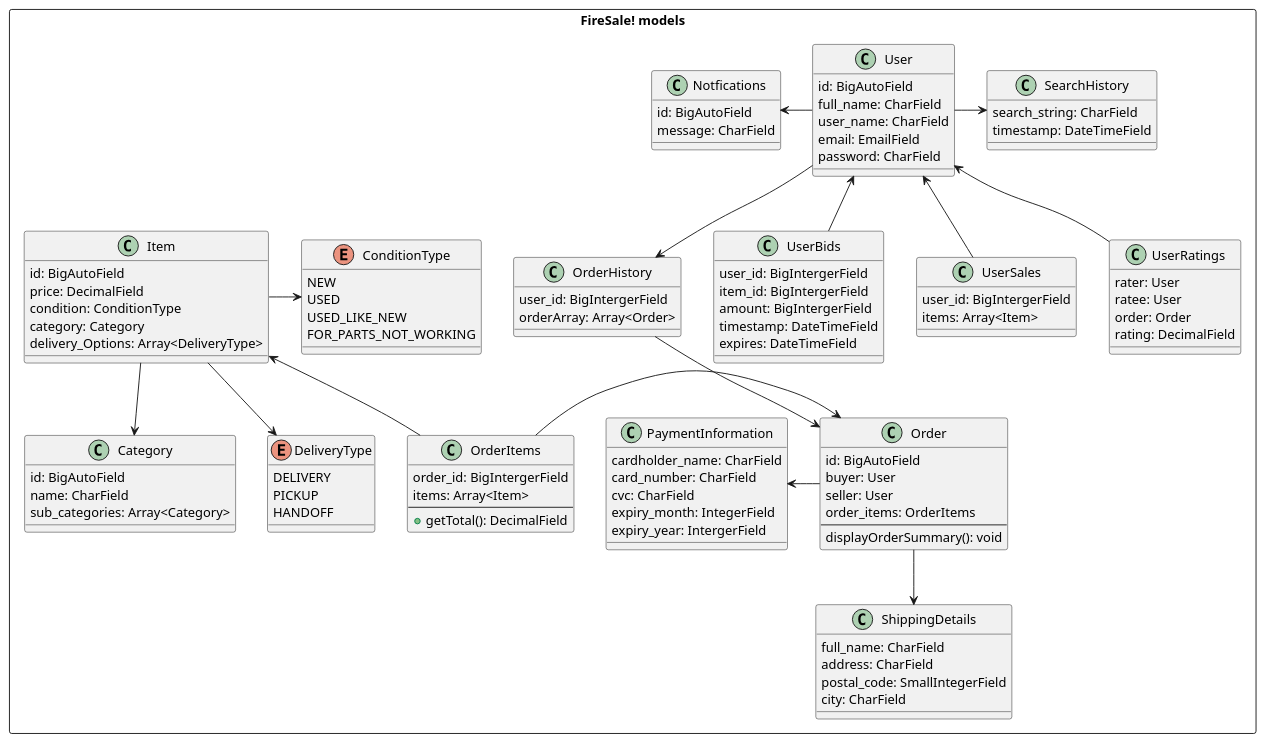
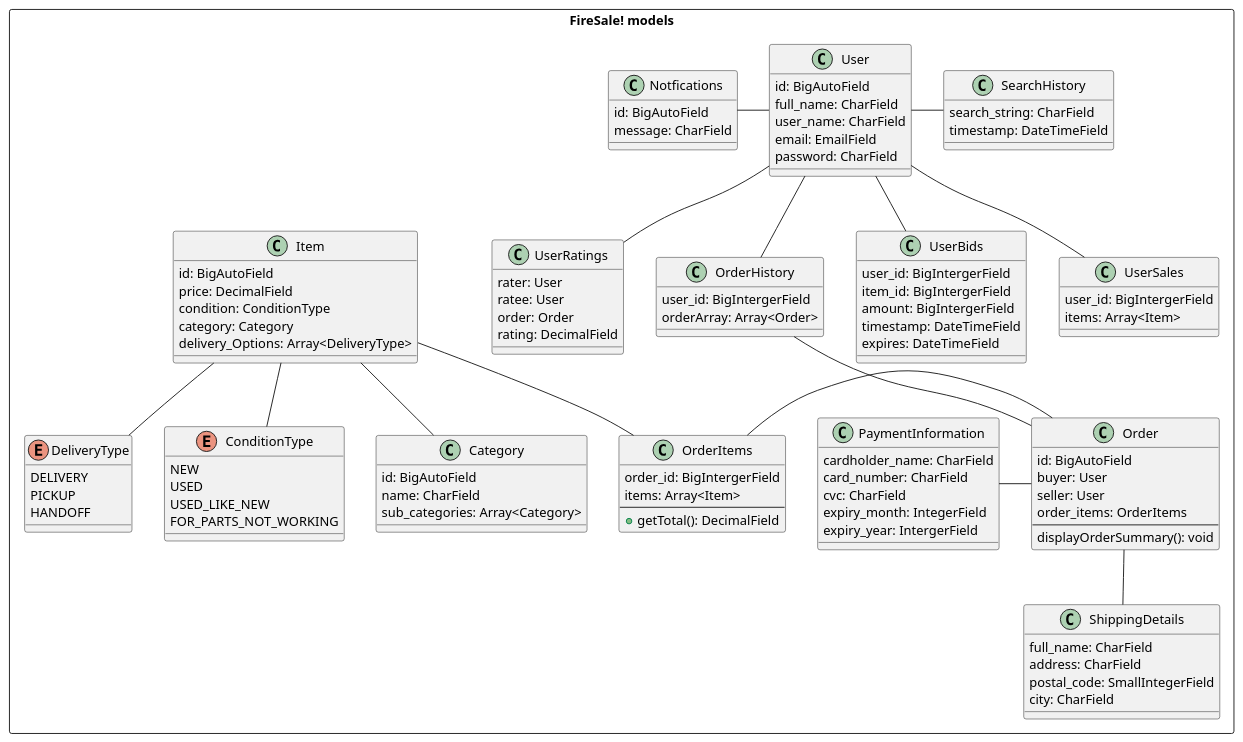
One commit to T-220-VLN2-H2/Code changed the diagram in docs/diagrams/clsModels.pu. Above: the diagram before and after it, drawn with PlantUML. The commit also changed 2 other files, not shown here.

```diff
--- a/docs/diagrams/clsModels.pu
+++ b/docs/diagrams/clsModels.pu
@@ -1,113 +1,113 @@
 @startuml FireSale!
 rectangle "FireSale! models" as models{
     class User {
         id: BigAutoField
         full_name: CharField
         user_name: CharField
         email: EmailField
         password: CharField
     }
     class Order {
         id: BigAutoField
         buyer: User
         seller: User
         order_items: OrderItems
         --
         displayOrderSummary(): void
     }
     class OrderItems {
         order_id: BigIntergerField
         items: Array<Item>
         --
         + getTotal(): DecimalField
     }
     class OrderHistory{
         user_id: BigIntergerField
         orderArray: Array<Order>
     }
     class PaymentInformation {
         cardholder_name: CharField
         card_number: CharField
         cvc: CharField
         expiry_month: IntegerField
         expiry_year: IntergerField
 
     }
     class ShippingDetails {
         full_name: CharField
         address: CharField
         postal_code: SmallIntegerField
         city: CharField
     }
     class Item{
         id: BigAutoField
         price: DecimalField
         condition: ConditionType
         category: Category
         delivery_Options: Array<DeliveryType>
 
     }
     enum ConditionType {
         NEW
         USED
         USED_LIKE_NEW
         FOR_PARTS_NOT_WORKING
     }
     class SearchHistory{
         search_string: CharField
         timestamp: DateTimeField
     }
     class Category{
         id: BigAutoField
         name: CharField
         sub_categories: Array<Category>
     }
     class UserBids {
         user_id: BigIntergerField
         item_id: BigIntergerField
         amount: BigIntergerField
         timestamp: DateTimeField
         expires: DateTimeField
 
     }
     class UserSales {
         user_id: BigIntergerField
         items: Array<Item>
     }
     class UserRatings {
         rater: User
         ratee: User
         order: Order
         rating: DecimalField
     }
     class Notfications {
         id: BigAutoField
         message: CharField
     }
     enum DeliveryType {
         DELIVERY
         PICKUP
         HANDOFF
     }
-    User -d-> OrderHistory
-    User -> SearchHistory
+    User -d- OrderHistory
+    User - SearchHistory
 
-    OrderHistory -d-> Order
-    OrderItems -l-> Order
-    OrderItems -u-> Item
+    OrderHistory -d- Order
+    OrderItems -l- Order
+    OrderItems -u- Item
 
-    UserBids -u-> User
-    UserSales -u-> User
-    UserRatings -u-> User
+    UserBids -u- User
+    UserSales -u- User
+    UserRatings -u- User
 
-    Item -> ConditionType
-    Item -d-> Category
-    Item -d-> DeliveryType
+    Item -- ConditionType
+    Item -d- Category
+    Item -d- DeliveryType
 
-    Order -l-> PaymentInformation
-    Order -d-> ShippingDetails
+    Order -l- PaymentInformation
+    Order -d- ShippingDetails
 
-    User -l-> Notfications
+    User -l- Notfications
 }
 
 @enduml
```
